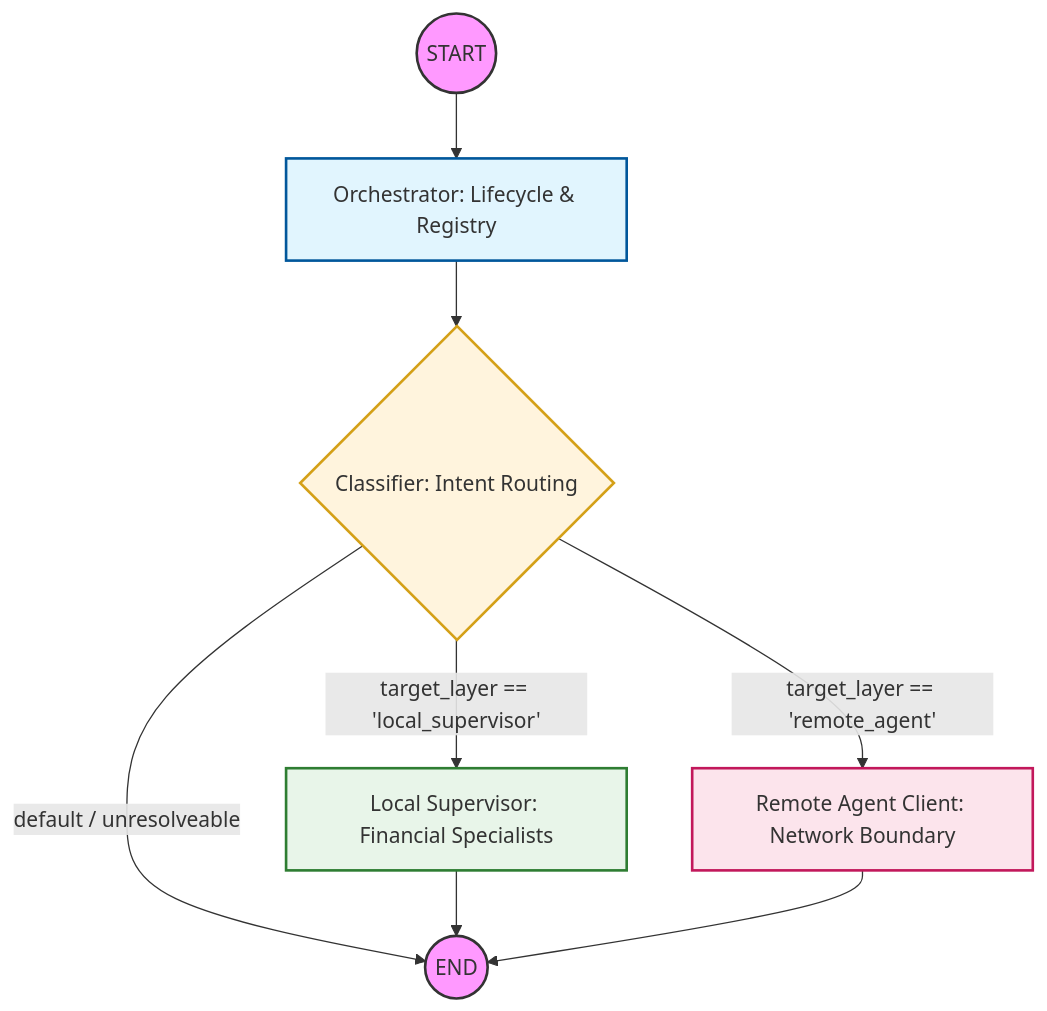
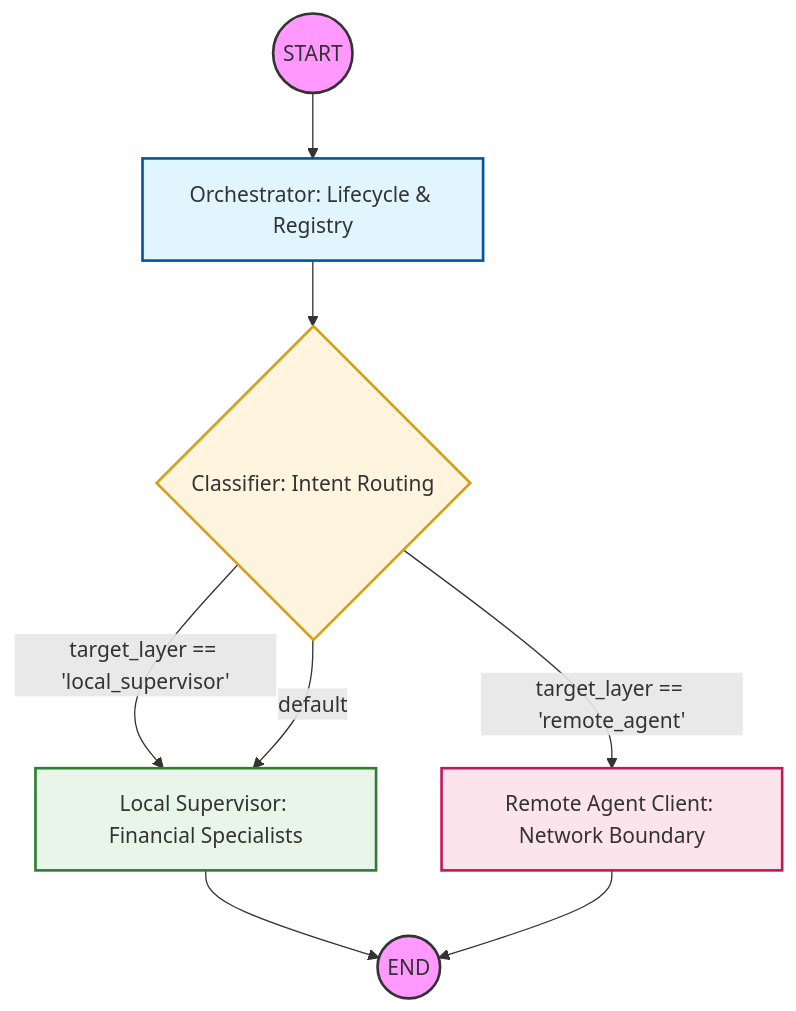
The diagram in ag-backend/README.md (c2siorg/genie), drawn with Mermaid before and after one commit. The commit also changed other lines of this file and 4 other files, not shown here.

````diff
--- a/ag-backend/README.md
+++ b/ag-backend/README.md
@@ -84,33 +84,33 @@
 ```mermaid
 graph TD
     %% Define Nodes
     StartNode((START))
     EndNode((END))
     
     Orchestrator[Orchestrator: Lifecycle & Registry]
     Classifier{Classifier: Intent Routing}
     
     LocalSupervisor[Local Supervisor: Financial Specialists]
     RemoteAgent[Remote Agent Client: Network Boundary]
 
     %% Define Edges
     StartNode --> Orchestrator
     Orchestrator --> Classifier
     
     %% Conditional Logic
     Classifier -- "target_layer == 'local_supervisor'" --> LocalSupervisor
     Classifier -- "target_layer == 'remote_agent'" --> RemoteAgent
-    Classifier -- "default / unresolveable" --> EndNode
+    Classifier -- "default" --> LocalSupervisor
     
     %% Return paths
     LocalSupervisor --> EndNode
     RemoteAgent --> EndNode
 
     %% Styling
     style StartNode fill:#f9f,stroke:#333,stroke-width:2px
     style EndNode fill:#f9f,stroke:#333,stroke-width:2px
     style Classifier fill:#fff4dd,stroke:#d4a017,stroke-width:2px
     style Orchestrator fill:#e1f5fe,stroke:#01579b,stroke-width:2px
     style LocalSupervisor fill:#e8f5e9,stroke:#2e7d32,stroke-width:2px
     style RemoteAgent fill:#fce4ec,stroke:#c2185b,stroke-width:2px
 ```
````
